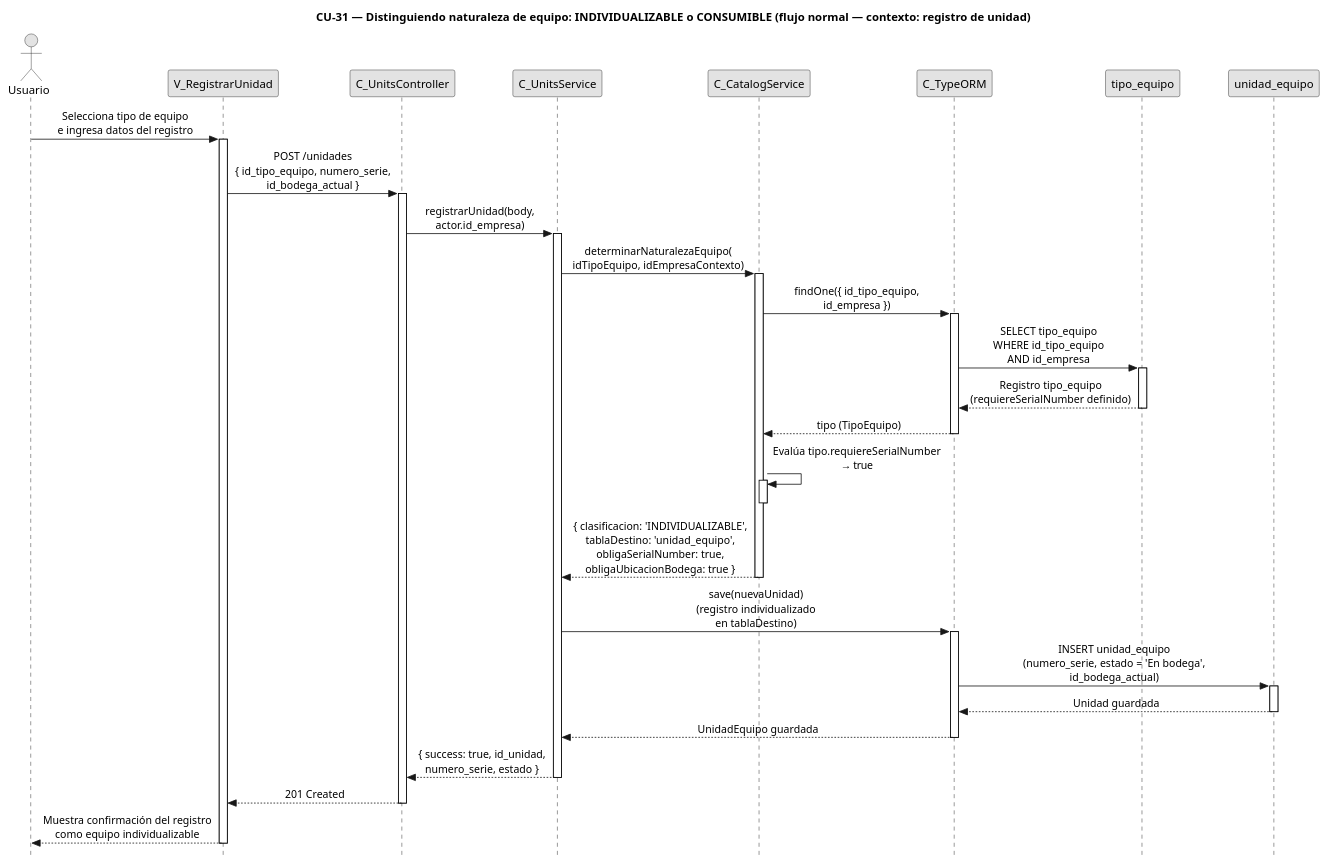
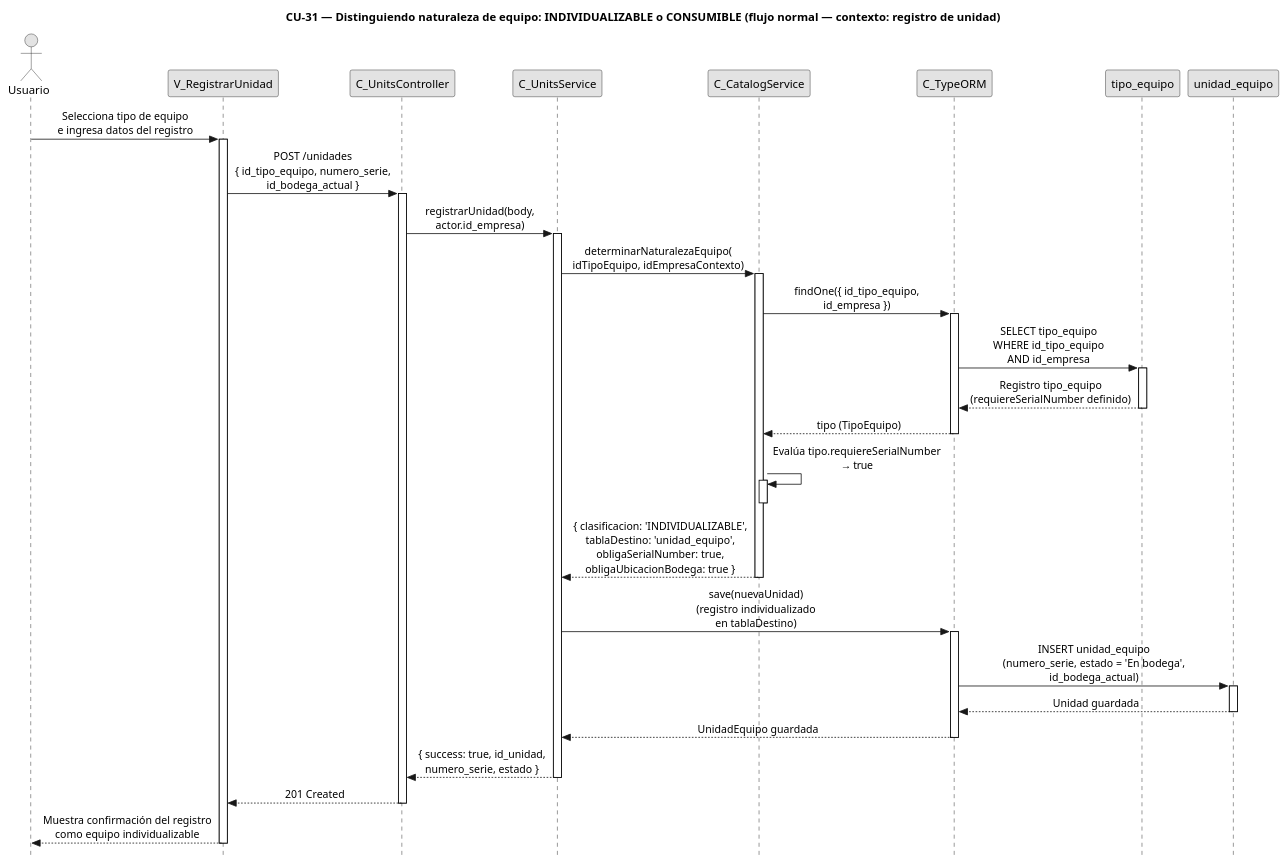
Before and after one commit to FSM-Finet-y-Cable-Magico/Team_1-Inventario-y-Bodega: the diagram in diagramas/diagramas-secuencia/CU31/CU31-normal.puml, drawn with PlantUML. The commit also changed 363 other files, not shown here.

Commit message:
docs(diagramas): padding via CSS (<style> con participant/actor padding) — elimina el aviso 'Please use CSS style instead of skinparam ParticipantPadding' de todos los PNG

```diff
--- a/diagramas/diagramas-secuencia/CU31/CU31-normal.puml
+++ b/diagramas/diagramas-secuencia/CU31/CU31-normal.puml
@@ -1,75 +1,83 @@
 @startuml CU31-normal
 title CU-31 — Distinguiendo naturaleza de equipo: INDIVIDUALIZABLE o CONSUMIBLE (flujo normal — contexto: registro de unidad)
 
 skinparam style strictuml
 skinparam monochrome true
 skinparam shadowing false
 skinparam sequenceMessageAlign center
-skinparam ParticipantPadding 25
-skinparam ActorPadding 20
+<style>
+sequenceDiagram {
+  participant {
+    padding 25
+  }
+  actor {
+    padding 20
+  }
+}
+</style>
 skinparam sequence {
   MessageAlign center
   LifeLineBorderColor black
 }
 hide footbox
 
 actor "Usuario" as user
 participant "V_RegistrarUnidad" as view
 participant "C_UnitsController" as ctrl
 participant "C_UnitsService" as units
 participant "C_CatalogService" as catalog
 participant "C_TypeORM" as orm
 participant "tipo_equipo" as tent
 participant "unidad_equipo" as uent
 
 user -> view : Selecciona tipo de equipo\ne ingresa datos del registro
 activate view
 
 view -> ctrl : POST /unidades\n{ id_tipo_equipo, numero_serie,\nid_bodega_actual }
 activate ctrl
 
 ctrl -> units : registrarUnidad(body,\nactor.id_empresa)
 activate units
 
 units -> catalog : determinarNaturalezaEquipo(\nidTipoEquipo, idEmpresaContexto)
 activate catalog
 
 catalog -> orm : findOne({ id_tipo_equipo,\nid_empresa })
 activate orm
 
 orm -> tent : SELECT tipo_equipo\nWHERE id_tipo_equipo\nAND id_empresa
 activate tent
 tent --> orm : Registro tipo_equipo\n(requiereSerialNumber definido)
 deactivate tent
 
 orm --> catalog : tipo (TipoEquipo)
 deactivate orm
 
 catalog -> catalog : Evalúa tipo.requiereSerialNumber\n→ true
 activate catalog
 deactivate catalog
 
 catalog --> units : { clasificacion: 'INDIVIDUALIZABLE',\ntablaDestino: 'unidad_equipo',\nobligaSerialNumber: true,\nobligaUbicacionBodega: true }
 deactivate catalog
 
 units -> orm : save(nuevaUnidad)\n(registro individualizado\nen tablaDestino)
 activate orm
 
 orm -> uent : INSERT unidad_equipo\n(numero_serie, estado = 'En bodega',\nid_bodega_actual)
 activate uent
 uent --> orm : Unidad guardada
 deactivate uent
 
 orm --> units : UnidadEquipo guardada
 deactivate orm
 
 units --> ctrl : { success: true, id_unidad,\nnumero_serie, estado }
 deactivate units
 
 ctrl --> view : 201 Created
 deactivate ctrl
 
 view --> user : Muestra confirmación del registro\ncomo equipo individualizable
 deactivate view
 
 @enduml
```
